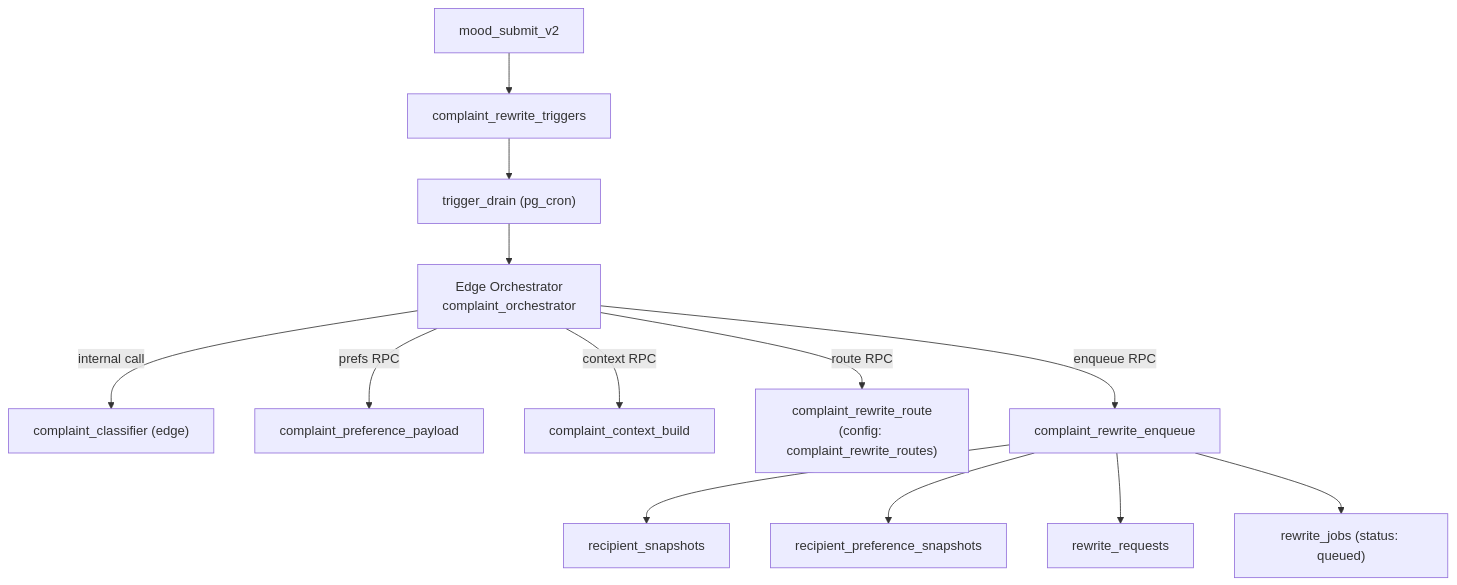
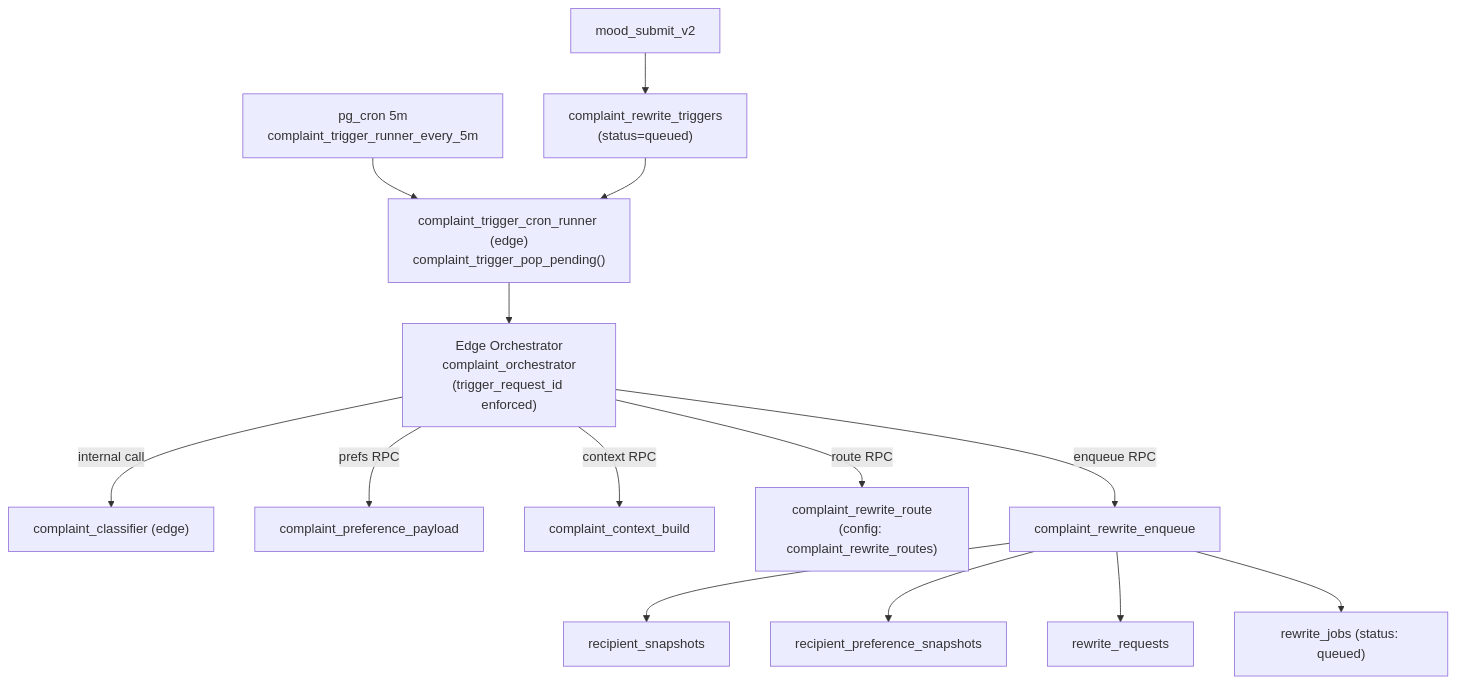
One commit to pariszhuang123/kinly-backend changed the first of 3 diagrams in docs/contracts/complaints/complaint_rewrite_system_map.md. Above: the diagram before and after it, drawn with Mermaid. The commit also changed other lines of this file and 13 other files, not shown here.

Commit message:
Implement complaint rewrite trigger

````diff
--- a/docs/contracts/complaints/complaint_rewrite_system_map.md
+++ b/docs/contracts/complaints/complaint_rewrite_system_map.md
@@ -17,17 +17,18 @@
 ```mermaid
 flowchart TD
-  MOOD["mood_submit_v2"] --> TRIG["complaint_rewrite_triggers"]
-  TRIG --> DRN["trigger_drain (pg_cron)"]
-  DRN --> ORCH["Edge Orchestrator<br/>complaint_orchestrator"]
+  MOOD["mood_submit_v2"] --> TRIG["complaint_rewrite_triggers<br/>(status=queued)"]
+  PGCRON["pg_cron 5m<br/>complaint_trigger_runner_every_5m"] --> RUNNER["complaint_trigger_cron_runner (edge)<br/>complaint_trigger_pop_pending()"]
+  TRIG --> RUNNER
+  RUNNER --> ORCH["Edge Orchestrator<br/>complaint_orchestrator<br/>(trigger_request_id enforced)"]
 
   ORCH -->|internal call| CLF["complaint_classifier (edge)"]
   ORCH -->|prefs RPC| PREF["complaint_preference_payload"]
   ORCH -->|context RPC| CTX["complaint_context_build"]
   ORCH -->|route RPC| ROUTE["complaint_rewrite_route<br/>(config: complaint_rewrite_routes)"]
   ORCH -->|enqueue RPC| ENQ["complaint_rewrite_enqueue"]
 
   ENQ --> RSNAP["recipient_snapshots"]
   ENQ --> RPSNAP["recipient_preference_snapshots"]
   ENQ --> REQ["rewrite_requests"]
   ENQ --> JOBS["rewrite_jobs (status: queued)"]
 ```
````
